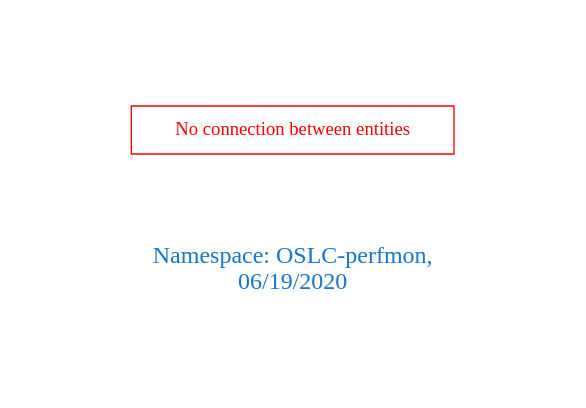
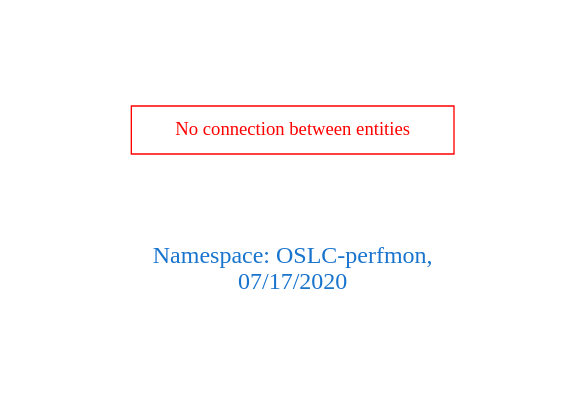
The diagram in downloads/OSLC-perfmon.dot (arago/OGIT), drawn with Graphviz before and after one commit. The commit also changed 1777 other files, not shown here.

```diff
--- a/downloads/OSLC-perfmon.dot
+++ b/downloads/OSLC-perfmon.dot
@@ -1,9 +1,9 @@
 digraph OGIT_ontology {
  graph [ rankdir= LR,pad=1 
 fontsize = 18,
-fontcolor= dodgerblue3,label = "\n\n\nNamespace: OSLC-perfmon, \n 06/19/2020"];
+fontcolor= dodgerblue3,label = "\n\n\nNamespace: OSLC-perfmon, \n 07/17/2020"];
 node[shape=polygon];
 edge [  color="gray81"];
 
 "No connection between entities" [fontcolor = "red",color="red", shape="polygon"]
 }
```
